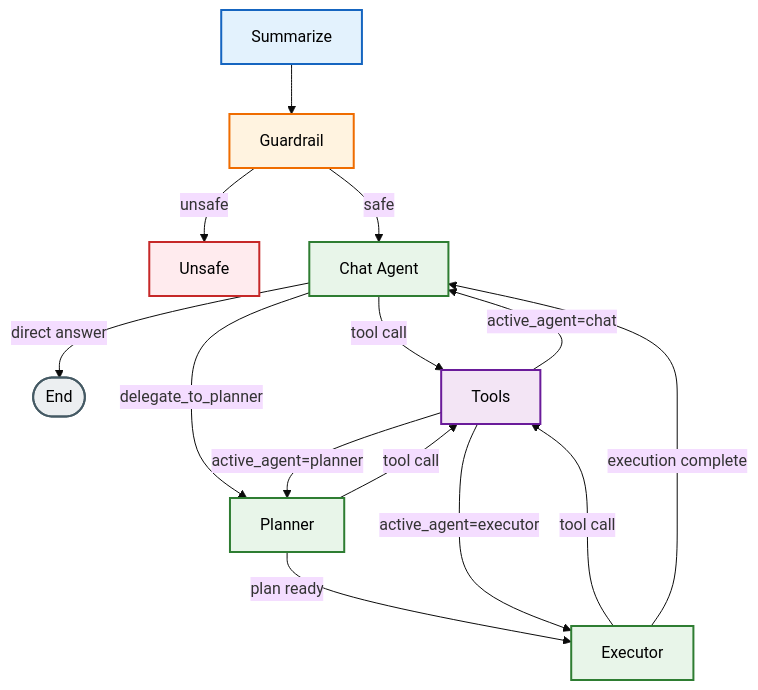
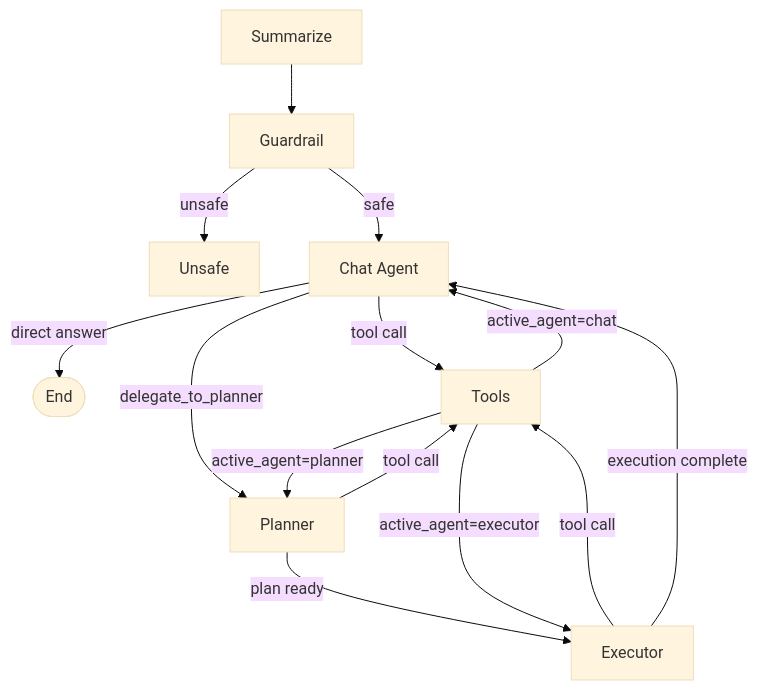
Before and after one commit to prathmesh-jain/BizAssist: the diagram in README.md, drawn with Mermaid (base theme). The commit also changed other lines of this file and 33 other files, not shown here.

````diff
--- a/README.md
+++ b/README.md
@@ -23,35 +79,20 @@
 ```mermaid
 flowchart TD
     S[Summarize] --> G[Guardrail]
     G -->|unsafe| U[Unsafe]
     G -->|safe| C[Chat Agent]
 
     C -->|direct answer| E([End])
     C -->|tool call| T[Tools]
     C -->|delegate_to_planner| P[Planner]
 
     P -->|tool call| T
     P -->|plan ready| X[Executor]
 
     X -->|tool call| T
     X -->|execution complete| C
 
     T -->|active_agent=chat| C
     T -->|active_agent=planner| P
     T -->|active_agent=executor| X
-
-    %% Styles
-    classDef input fill:#E3F2FD,stroke:#1565C0,stroke-width:2px,color:#000;
-    classDef safety fill:#FFF3E0,stroke:#EF6C00,stroke-width:2px,color:#000;
-    classDef danger fill:#FFEBEE,stroke:#C62828,stroke-width:2px,color:#000;
-    classDef agent fill:#E8F5E9,stroke:#2E7D32,stroke-width:2px,color:#000;
-    classDef tool fill:#F3E5F5,stroke:#6A1B9A,stroke-width:2px,color:#000;
-    classDef terminal fill:#ECEFF1,stroke:#455A64,stroke-width:2px,color:#000;
-
-    class S input;
-    class G safety;
-    class U danger;
-    class C,P,X agent;
-    class T tool;
-    class E terminal;
 ```
````
